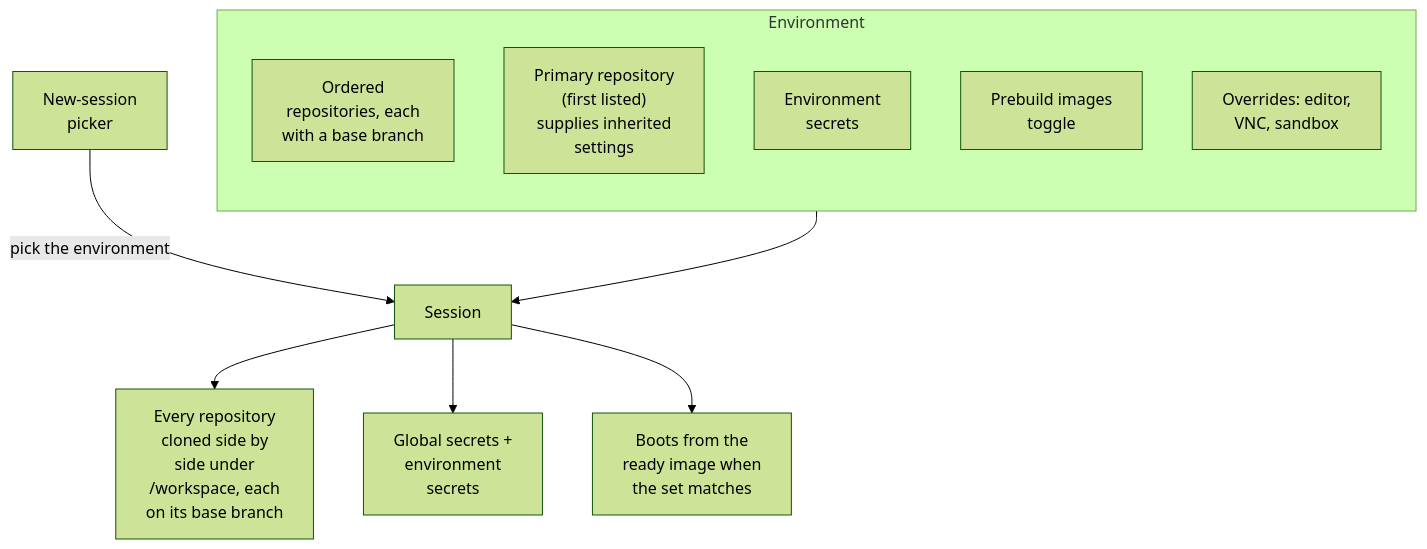
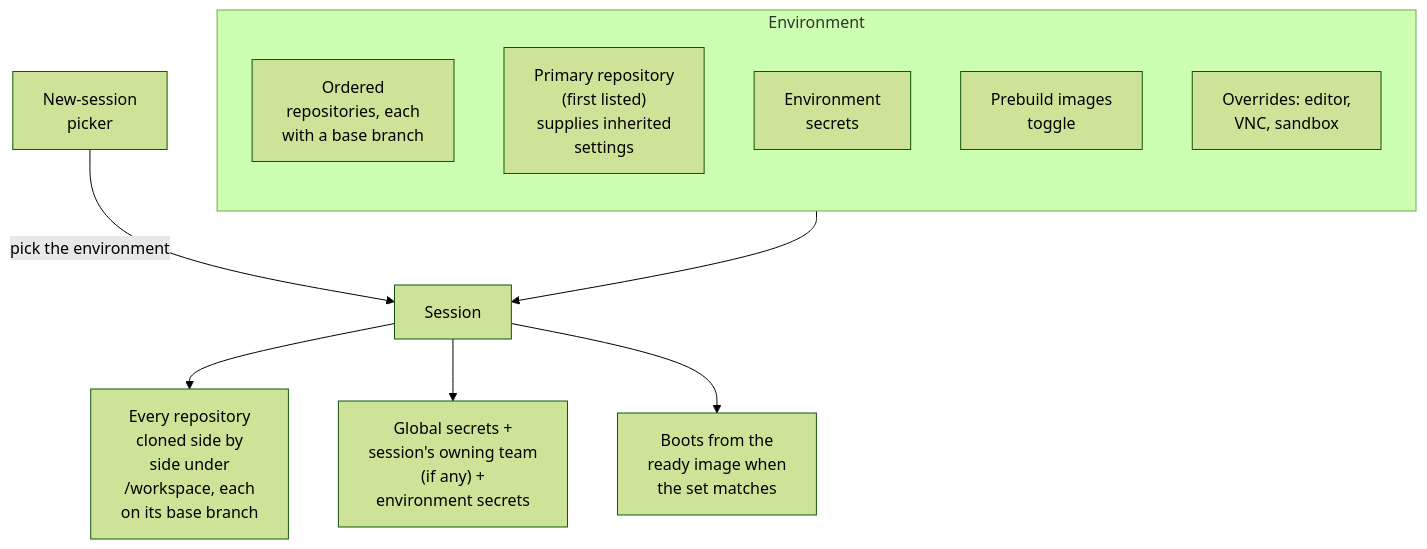
The diagram in packages/docs/content/docs/configure/environments.mdx (ColeMurray/background-agents), drawn with Mermaid (forest theme) before and after one commit. The commit also changed other lines of this file and 33 other files, not shown here.

````diff
--- a/packages/docs/content/docs/configure/environments.mdx
+++ b/packages/docs/content/docs/configure/environments.mdx
@@ -41,17 +49,17 @@
 ```mermaid
 flowchart TB
     accTitle: What an environment contains and how a session uses it
     subgraph env["Environment"]
         direction TB
         repos["Ordered<br/>repositories, each<br/>with a base branch"]
         primary["Primary repository<br/>(first listed)<br/>supplies inherited<br/>settings"]
         secrets["Environment<br/>secrets"]
         prebuild["Prebuild images<br/>toggle"]
         overrides["Overrides: editor,<br/>VNC, sandbox"]
     end
     picker["New-session<br/>picker"] -- "pick the environment" --> session["Session"]
     env --> session
     session --> ws["Every repository<br/>cloned side by<br/>side under<br/>/workspace, each<br/>on its base branch"]
-    session --> inj["Global secrets +<br/>environment<br/>secrets"]
+    session --> inj["Global secrets +<br/>session's owning team<br/>(if any) +<br/>environment secrets"]
     session --> img["Boots from the<br/>ready image when<br/>the set matches"]
 ```
````
